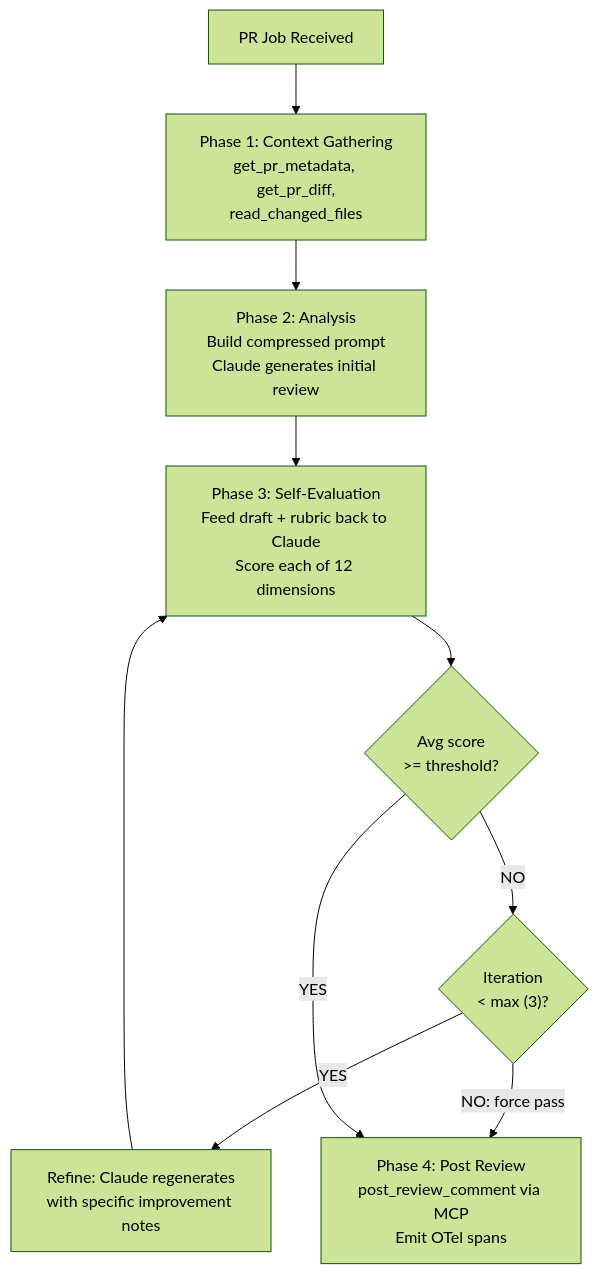
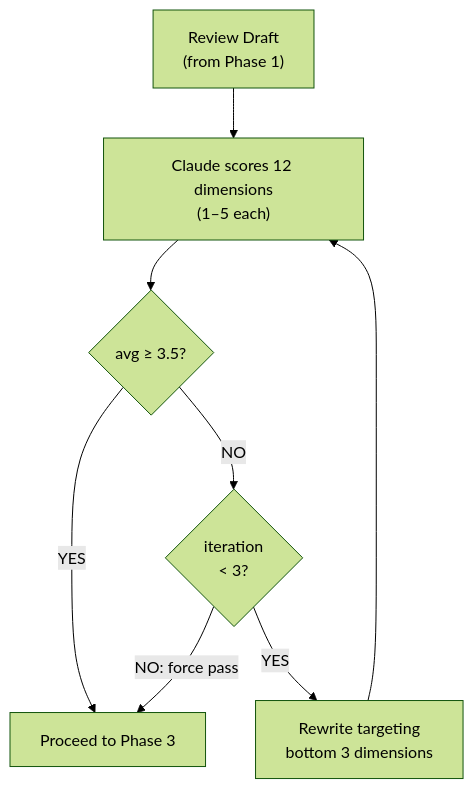
The third of 3 diagrams in README.md (Arbiter09/DevMind), drawn with Mermaid (forest theme) before and after one commit. The commit also changed other lines of this file and 14 other files, not shown here.

````diff
--- a/README.md
+++ b/README.md
@@ -135,21 +136,17 @@
 ```mermaid
 flowchart TD
-    Start["PR Job Received"]
-    Phase1["Phase 1: Context Gathering\nget_pr_metadata, get_pr_diff,\nread_changed_files"]
-    Phase2["Phase 2: Analysis\nBuild compressed prompt\nClaude generates initial review"]
-    Phase3["Phase 3: Self-Evaluation\nFeed draft + rubric back to Claude\nScore each of 12 dimensions"]
-    Check{"Avg score\n>= threshold?"}
-    Refine["Refine: Claude regenerates\nwith specific improvement notes"]
-    Phase4["Phase 4: Post Review\npost_review_comment via MCP\nEmit OTel spans"]
-    iterCount{"Iteration\n< max (3)?"}
+    Draft["Review Draft\n(from Phase 1)"]
+    Score["Claude scores 12 dimensions\n(1–5 each)"]
+    Avg{"avg ≥ 3.5?"}
+    Refine["Rewrite targeting\nbottom 3 dimensions"]
+    Cap{"iteration\n< 3?"}
+    Pass["Proceed to Phase 3"]
 
-    Start --> Phase1
-    Phase1 --> Phase2
-    Phase2 --> Phase3
-    Phase3 --> Check
-    Check -->|"NO"| iterCount
-    iterCount -->|"YES"| Refine
-    Refine --> Phase3
-    iterCount -->|"NO: force pass"| Phase4
-    Check -->|"YES"| Phase4
+    Draft --> Score
+    Score --> Avg
+    Avg -->|"YES"| Pass
+    Avg -->|"NO"| Cap
+    Cap -->|"YES"| Refine
+    Refine --> Score
+    Cap -->|"NO: force pass"| Pass
 ```
````
